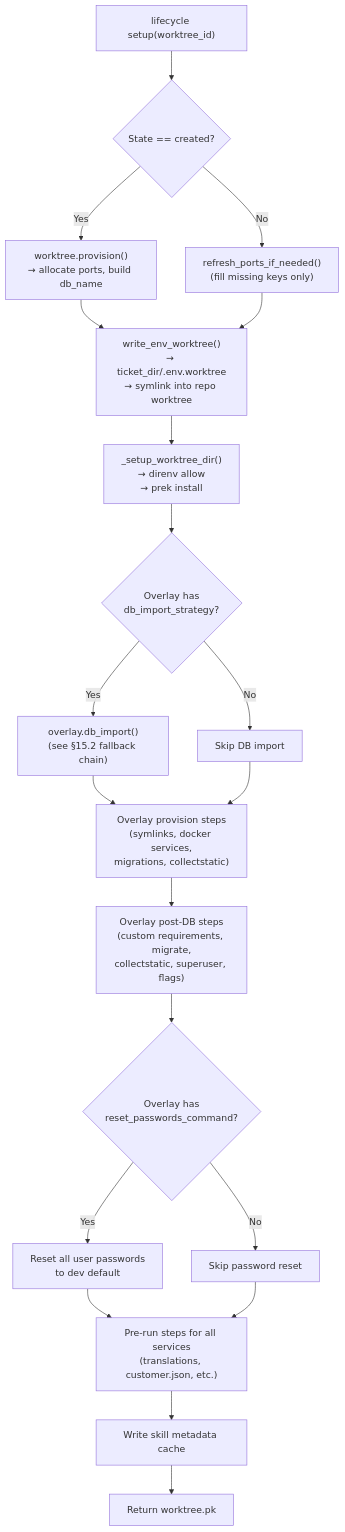
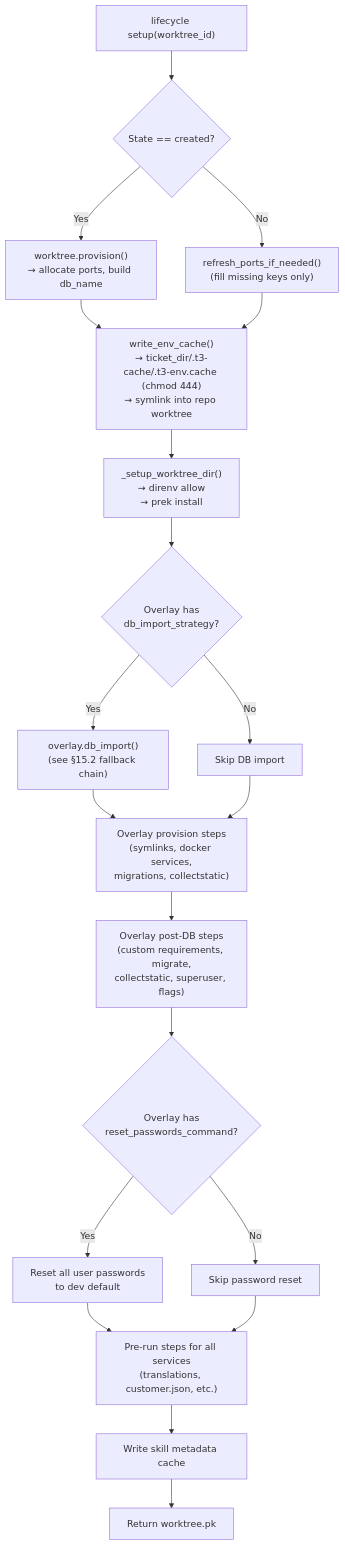
One commit to souliane/teatree changed the third of 6 diagrams in BLUEPRINT.md. Above: the diagram before and after it, drawn with Mermaid. The commit also changed other lines of this file and 80 other files, not shown here.

First line of the commit message:
feat(robustness): typed subprocess + env cache + reconciler [none] (https://github.com/souliane/teatree/issues/390) (#401)

````diff
--- a/BLUEPRINT.md
+++ b/BLUEPRINT.md
@@ -1201,22 +1205,22 @@
 ```mermaid
 flowchart TD
     A["lifecycle setup(worktree_id)"] --> B{"State == created?"}
     B -- Yes --> C["worktree.provision()\n→ allocate ports, build db_name"]
     B -- No --> D["refresh_ports_if_needed()\n(fill missing keys only)"]
-    C --> E["write_env_worktree()\n→ ticket_dir/.env.worktree\n→ symlink into repo worktree"]
+    C --> E["write_env_cache()\n→ ticket_dir/.t3-cache/.t3-env.cache (chmod 444)\n→ symlink into repo worktree"]
     D --> E
     E --> F["_setup_worktree_dir()\n→ direnv allow\n→ prek install"]
     F --> G{"Overlay has\ndb_import_strategy?"}
     G -- Yes --> H["overlay.db_import()\n(see §15.2 fallback chain)"]
     G -- No --> I["Skip DB import"]
     H --> J["Overlay provision steps\n(symlinks, docker services,\nmigrations, collectstatic)"]
     I --> J
     J --> K["Overlay post-DB steps\n(custom requirements, migrate,\ncollectstatic, superuser, flags)"]
     K --> L{"Overlay has\nreset_passwords_command?"}
     L -- Yes --> M["Reset all user passwords\nto dev default"]
     L -- No --> N["Skip password reset"]
     M --> O["Pre-run steps for all services\n(translations, customer.json, etc.)"]
     N --> O
     O --> P["Write skill metadata cache"]
     P --> Q["Return worktree.pk"]
 ```
````
